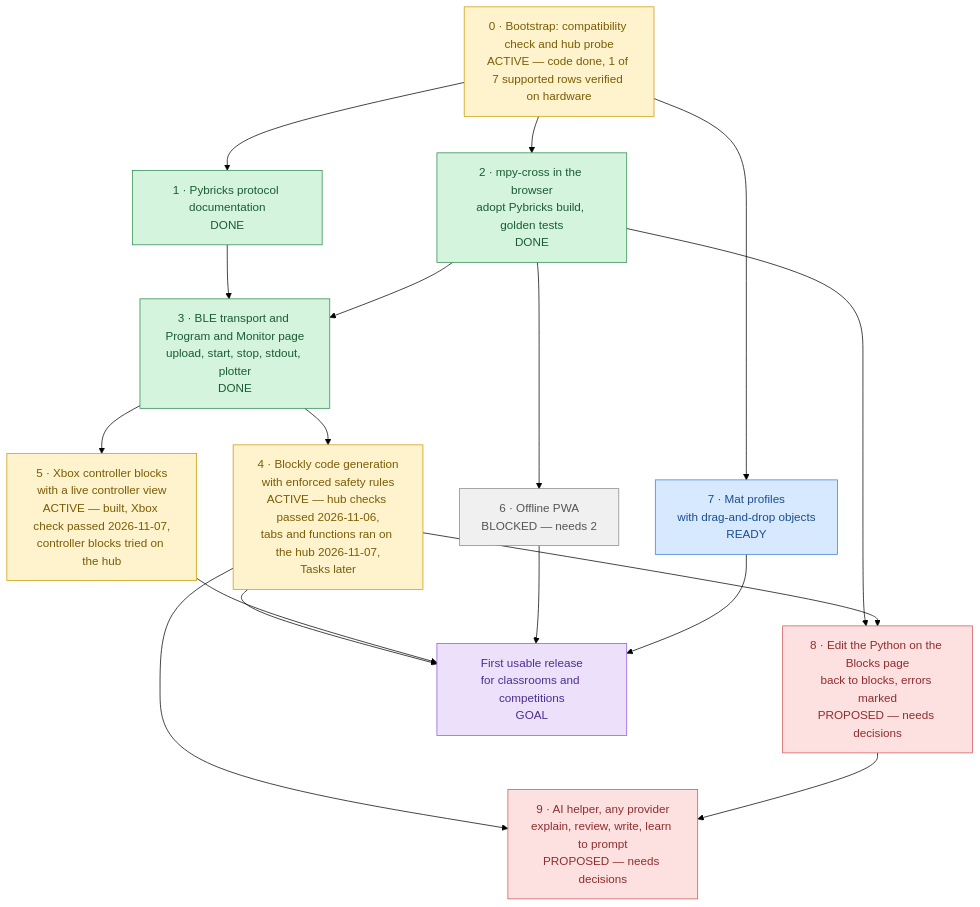
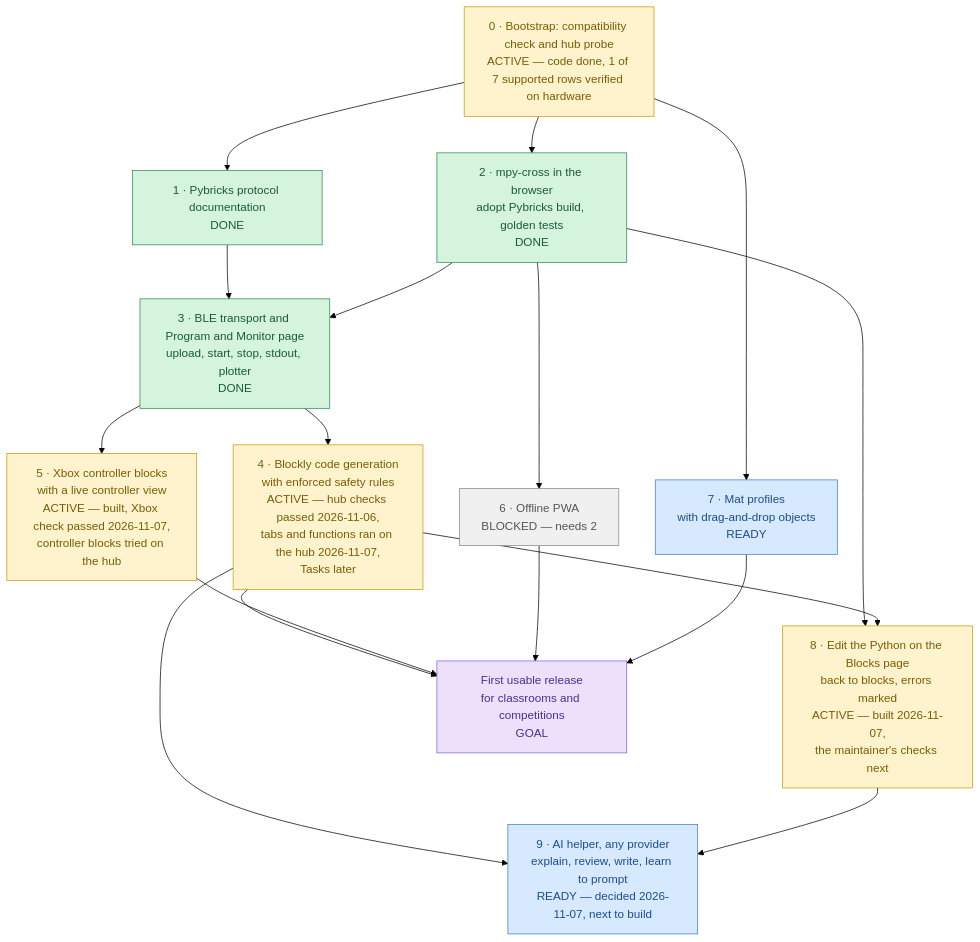
Before and after one commit to lumduan/matpilot: the diagram in docs/roadmap.md, drawn with Mermaid (forest theme). The commit also changed other lines of this file and 25 other files, not shown here.

````diff
--- a/docs/roadmap.md
+++ b/docs/roadmap.md
@@ -10,45 +10,45 @@
 ```mermaid
 flowchart TD
     M0["0 · Bootstrap: compatibility check and hub probe<br/>ACTIVE — code done, 1 of 7 supported rows verified on hardware"]
     M1["1 · Pybricks protocol documentation<br/>DONE"]
     M2["2 · mpy-cross in the browser<br/>adopt Pybricks build, golden tests<br/>DONE"]
     M3["3 · BLE transport and Program and Monitor page<br/>upload, start, stop, stdout, plotter<br/>DONE"]
     M4["4 · Blockly code generation<br/>with enforced safety rules<br/>ACTIVE — hub checks passed 2026-11-06,<br/>tabs and functions ran on the hub 2026-11-07,<br/>Tasks later"]
     M5["5 · Xbox controller blocks<br/>with a live controller view<br/>ACTIVE — built, Xbox check passed 2026-11-07,<br/>controller blocks tried on the hub"]
     M6["6 · Offline PWA<br/>BLOCKED — needs 2"]
     M7["7 · Mat profiles<br/>with drag-and-drop objects<br/>READY"]
-    M8["8 · Edit the Python on the Blocks page<br/>back to blocks, errors marked<br/>PROPOSED — needs decisions"]
-    M9["9 · AI helper, any provider<br/>explain, review, write, learn to prompt<br/>PROPOSED — needs decisions"]
+    M8["8 · Edit the Python on the Blocks page<br/>back to blocks, errors marked<br/>ACTIVE — built 2026-11-07,<br/>the maintainer's checks next"]
+    M9["9 · AI helper, any provider<br/>explain, review, write, learn to prompt<br/>READY — decided 2026-11-07, next to build"]
     GOAL["First usable release<br/>for classrooms and competitions<br/>GOAL"]
 
     M0 --> M1
     M0 --> M2
     M0 --> M7
     M1 --> M3
     M2 --> M3
     M3 --> M4
     M3 --> M5
     M2 --> M6
     M4 --> GOAL
     M5 --> GOAL
     M6 --> GOAL
     M7 --> GOAL
     M2 --> M8
     M4 --> M8
     M4 --> M9
     M8 --> M9
 
     classDef done     fill:#d4f4dd,stroke:#2d8a4e,color:#1a5c33
     classDef active   fill:#fff3cd,stroke:#cc9a06,color:#7a5c04
     classDef ready    fill:#d6e9ff,stroke:#3b7dd8,color:#1e4d8f
     classDef blocked  fill:#f0f0f0,stroke:#888,color:#555
     classDef goal     fill:#ede0fb,stroke:#8a5cd8,color:#4d2e8f
-    classDef decision fill:#fde0e0,stroke:#d05555,color:#8f2e2e
 
     class M0,M4,M5 active
     class M1,M2,M3 done
     class M7 ready
     class M6 blocked
     class GOAL goal
-    class M8,M9 decision
+    class M8 active
+    class M9 ready
 ```
````
